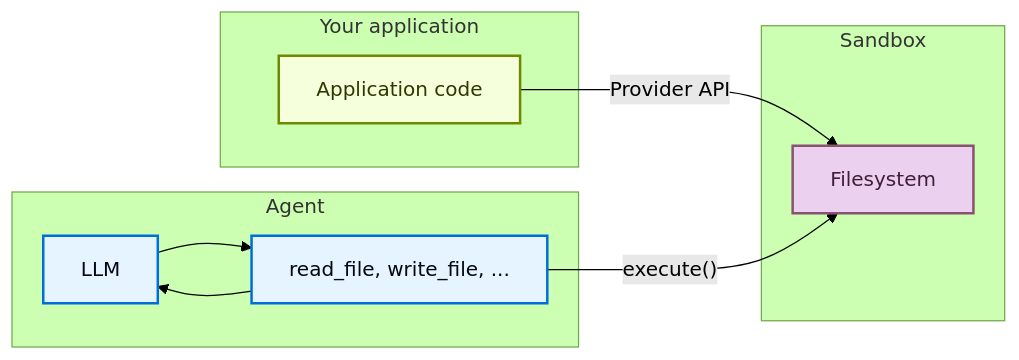
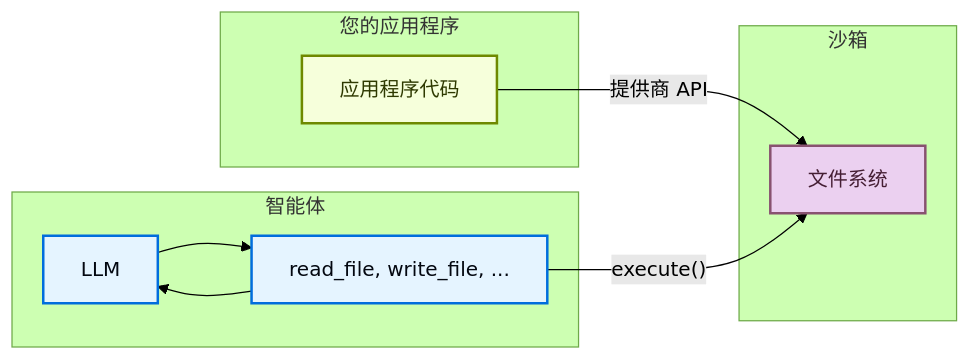
One commit to CodeFly16/langchain-cn-doc changed the third of 3 diagrams in oss/javascript/deepagents/sandboxes.mdx. Above: the diagram before and after it, drawn with Mermaid (forest theme). The commit also changed other lines of this file and 106 other files, not shown here.

````diff
--- a/oss/javascript/deepagents/sandboxes.mdx
+++ b/oss/javascript/deepagents/sandboxes.mdx
@@ -322,26 +316,26 @@
 ```mermaid
 graph LR
-    subgraph "Your application"
-        App[Application code]
+    subgraph "您的应用程序"
+        App[应用程序代码]
     end
 
-    subgraph "Agent"
+    subgraph "智能体"
         LLM --> Tools["read_file, write_file, ..."]
         Tools --> LLM
     end
 
-    subgraph "Sandbox"
-        FS[Filesystem]
+    subgraph "沙箱"
+        FS[文件系统]
     end
 
-    App -- "Provider API" --> FS
+    App -- "提供商 API" --> FS
     Tools -- "execute()" --> FS
 
     classDef trigger fill:#F6FFDB,stroke:#6E8900,stroke-width:2px,color:#2E3900
     classDef process fill:#E5F4FF,stroke:#006DDD,stroke-width:2px,color:#030710
     classDef output fill:#EBD0F0,stroke:#885270,stroke-width:2px,color:#441E33
 
     class App trigger
     class LLM,Tools process
     class FS output
 ```
````
